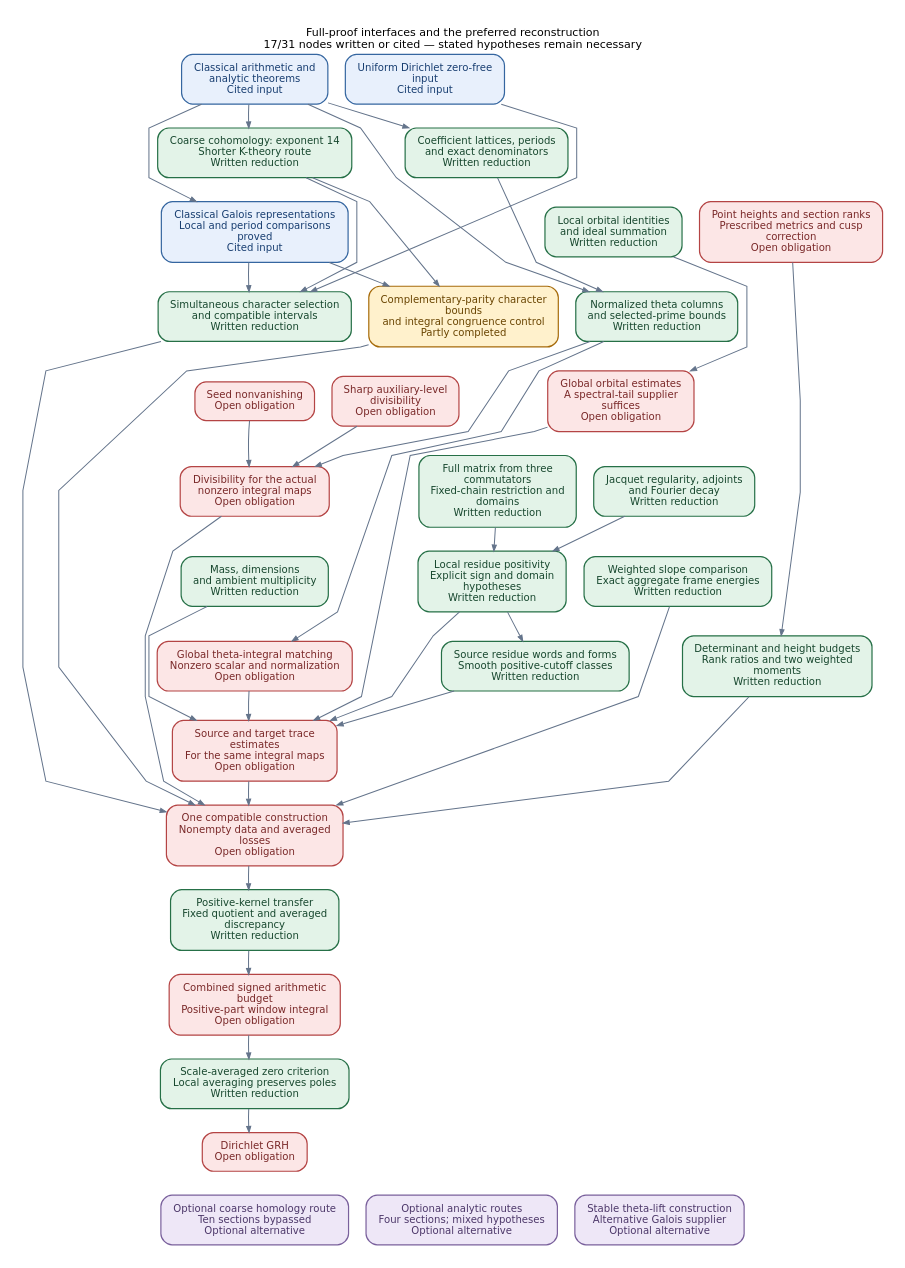
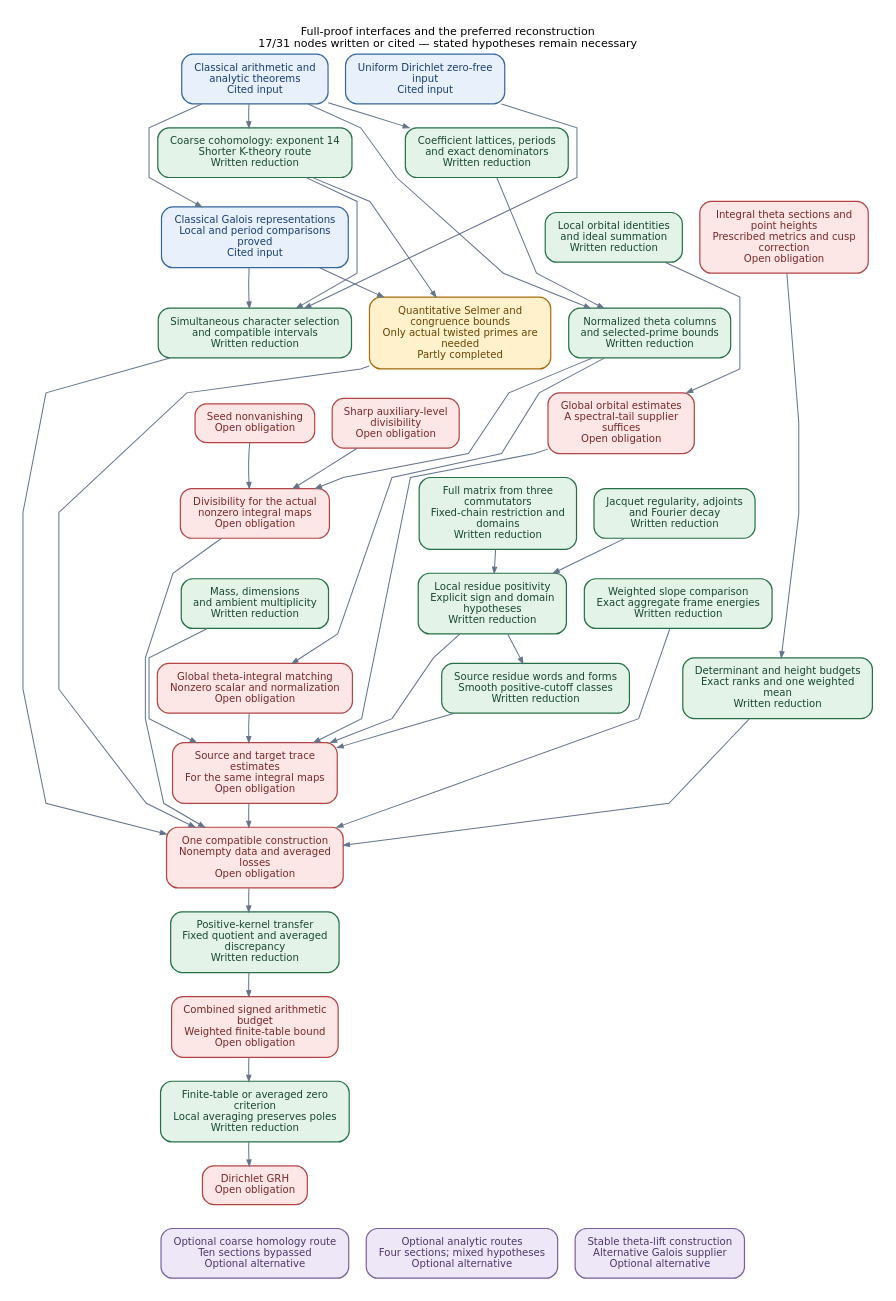
One commit to JoseBrox/GRH_distillation changed the diagram in blueprint/grh/proof.dot. Above: the diagram before and after it, drawn with Graphviz. The commit also changed 68 other files, not shown here.

```diff
--- a/blueprint/grh/proof.dot
+++ b/blueprint/grh/proof.dot
@@ -1,119 +1,119 @@
 digraph proof {
 graph [rankdir=TB, bgcolor="white", pad="0.24", nodesep="0.30", ranksep="0.48",
   fontname="DejaVu Sans", fontsize=12, labelloc=t, label="Full-proof interfaces and the preferred reconstruction\n17/31 nodes written or cited — stated hypotheses remain necessary", splines=polyline];
 node [shape=box, style="rounded,filled", fontname="DejaVu Sans", fontsize=11,
   margin="0.18,0.12", penwidth=1.3];
 edge [color="#64748B", penwidth=1.1, arrowsize=0.65];
 graph [nodesep="0.26", ranksep="0.36"];
 "qrh" [label="Uniform Dirichlet zero-free\ninput\nCited input", fillcolor="#E8F0FC", color="#3566A0", fontcolor="#173D70"];
 "classical" [label="Classical arithmetic and\nanalytic theorems\nCited input", fillcolor="#E8F0FC", color="#3566A0", fontcolor="#173D70"];
 "selection" [label="Simultaneous character selection\nand compatible intervals\nWritten reduction", fillcolor="#E3F3E8", color="#267047", fontcolor="#17472E"];
 "coarse" [label="Coarse cohomology: exponent 14\nShorter K-theory route\nWritten reduction", fillcolor="#E3F3E8", color="#267047", fontcolor="#17472E"];
-"refined" [label="Complementary-parity character\nbounds\nand integral congruence control\nPartly completed", fillcolor="#FFF1CC", color="#A66B0B", fontcolor="#694400"];
+"refined" [label="Quantitative Selmer and\ncongruence bounds\nOnly actual twisted primes are\nneeded\nPartly completed", fillcolor="#FFF1CC", color="#A66B0B", fontcolor="#694400"];
 "coefficients" [label="Coefficient lattices, periods\nand exact denominators\nWritten reduction", fillcolor="#E3F3E8", color="#267047", fontcolor="#17472E"];
 "theta" [label="Normalized theta columns\nand selected-prime bounds\nWritten reduction", fillcolor="#E3F3E8", color="#267047", fontcolor="#17472E"];
 "seed" [label="Seed nonvanishing\nOpen obligation", fillcolor="#FCE6E6", color="#B44444", fontcolor="#792828"];
 "level" [label="Sharp auxiliary-level\ndivisibility\nOpen obligation", fillcolor="#FCE6E6", color="#B44444", fontcolor="#792828"];
 "divisibility" [label="Divisibility for the actual\nnonzero integral maps\nOpen obligation", fillcolor="#FCE6E6", color="#B44444", fontcolor="#792828"];
 "local_orbits" [label="Local orbital identities\nand ideal summation\nWritten reduction", fillcolor="#E3F3E8", color="#267047", fontcolor="#17472E"];
 "global_orbits" [label="Global orbital estimates\nA spectral-tail supplier\nsuffices\nOpen obligation", fillcolor="#FCE6E6", color="#B44444", fontcolor="#792828"];
 "dimensions" [label="Mass, dimensions\nand ambient multiplicity\nWritten reduction", fillcolor="#E3F3E8", color="#267047", fontcolor="#17472E"];
 "matrix" [label="Full matrix from three\ncommutators\nFixed-chain restriction and\ndomains\nWritten reduction", fillcolor="#E3F3E8", color="#267047", fontcolor="#17472E"];
 "jacquet" [label="Jacquet regularity, adjoints\nand Fourier decay\nWritten reduction", fillcolor="#E3F3E8", color="#267047", fontcolor="#17472E"];
 "residue" [label="Local residue positivity\nExplicit sign and domain\nhypotheses\nWritten reduction", fillcolor="#E3F3E8", color="#267047", fontcolor="#17472E"];
 "norms" [label="Source and target trace\nestimates\nFor the same integral maps\nOpen obligation", fillcolor="#FCE6E6", color="#B44444", fontcolor="#792828"];
 "slope" [label="Weighted slope comparison\nExact aggregate frame energies\nWritten reduction", fillcolor="#E3F3E8", color="#267047", fontcolor="#17472E"];
 "compatible" [label="One compatible construction\nNonempty data and averaged\nlosses\nOpen obligation", fillcolor="#FCE6E6", color="#B44444", fontcolor="#792828"];
-"bound" [label="Combined signed arithmetic\nbudget\nPositive-part window integral\nOpen obligation", fillcolor="#FCE6E6", color="#B44444", fontcolor="#792828"];
-"criterion" [label="Scale-averaged zero criterion\nLocal averaging preserves poles\nWritten reduction", fillcolor="#E3F3E8", color="#267047", fontcolor="#17472E"];
+"bound" [label="Combined signed arithmetic\nbudget\nWeighted finite-table bound\nOpen obligation", fillcolor="#FCE6E6", color="#B44444", fontcolor="#792828"];
+"criterion" [label="Finite-table or averaged zero\ncriterion\nLocal averaging preserves poles\nWritten reduction", fillcolor="#E3F3E8", color="#267047", fontcolor="#17472E"];
 "grh" [label="Dirichlet GRH\nOpen obligation", fillcolor="#FCE6E6", color="#B44444", fontcolor="#792828"];
 "alt_homology" [label="Optional coarse homology route\nTen sections bypassed\nOptional alternative", fillcolor="#EEE7F7", color="#79609C", fontcolor="#4C3769"];
 "alt_analytic" [label="Optional analytic routes\nFour sections; mixed hypotheses\nOptional alternative", fillcolor="#EEE7F7", color="#79609C", fontcolor="#4C3769"];
 "galois" [label="Classical Galois representations\nLocal and period comparisons\nproved\nCited input", fillcolor="#E8F0FC", color="#3566A0", fontcolor="#173D70"];
 "stable_lift" [label="Stable theta-lift construction\nAlternative Galois supplier\nOptional alternative", fillcolor="#EEE7F7", color="#79609C", fontcolor="#4C3769"];
 "theta_identity" [label="Global theta-integral matching\nNonzero scalar and normalization\nOpen obligation", fillcolor="#FCE6E6", color="#B44444", fontcolor="#792828"];
-"geometry" [label="Point heights and section ranks\nPrescribed metrics and cusp\ncorrection\nOpen obligation", fillcolor="#FCE6E6", color="#B44444", fontcolor="#792828"];
+"geometry" [label="Integral theta sections and\npoint heights\nPrescribed metrics and cusp\ncorrection\nOpen obligation", fillcolor="#FCE6E6", color="#B44444", fontcolor="#792828"];
 "source_dictionary" [label="Source residue words and forms\nSmooth positive-cutoff classes\nWritten reduction", fillcolor="#E3F3E8", color="#267047", fontcolor="#17472E"];
-"covolume_defect" [label="Determinant and height budgets\nRank ratios and two weighted\nmoments\nWritten reduction", fillcolor="#E3F3E8", color="#267047", fontcolor="#17472E"];
+"covolume_defect" [label="Determinant and height budgets\nExact ranks and one weighted\nmean\nWritten reduction", fillcolor="#E3F3E8", color="#267047", fontcolor="#17472E"];
 "averaging" [label="Positive-kernel transfer\nFixed quotient and averaged\ndiscrepancy\nWritten reduction", fillcolor="#E3F3E8", color="#267047", fontcolor="#17472E"];
 "qrh" -> "selection";
 "classical" -> "coarse";
 "coarse" -> "selection";
 "coarse" -> "refined";
 "classical" -> "coefficients";
 "classical" -> "theta";
 "coefficients" -> "theta";
 "theta" -> "divisibility";
 "seed" -> "divisibility";
 "level" -> "divisibility";
 "local_orbits" -> "global_orbits";
 "global_orbits" -> "norms";
 "dimensions" -> "norms";
 "matrix" -> "residue";
 "jacquet" -> "residue";
 "residue" -> "norms";
 "selection" -> "compatible";
 "refined" -> "compatible";
 "divisibility" -> "compatible";
 "norms" -> "compatible";
 "slope" -> "compatible";
 "bound" -> "criterion";
 "criterion" -> "grh";
 "galois" -> "selection";
 "galois" -> "refined";
 "theta" -> "theta_identity";
 "theta_identity" -> "norms";
 "residue" -> "source_dictionary";
 "source_dictionary" -> "norms";
 "geometry" -> "covolume_defect";
 "covolume_defect" -> "compatible";
 "compatible" -> "averaging";
 "averaging" -> "bound";
 "classical" -> "galois";
 {rank=same; "classical"; "qrh";}
 {rank=same; "coarse"; "coefficients";}
 {rank=same; "galois"; "local_orbits"; "geometry";}
 {rank=same; "selection"; "refined"; "theta";}
 {rank=same; "seed"; "level"; "global_orbits";}
 {rank=same; "divisibility"; "matrix"; "jacquet";}
 {rank=same; "dimensions"; "residue"; "slope";}
 {rank=same; "theta_identity"; "source_dictionary"; "covolume_defect";}
 {rank=same; "norms";}
 {rank=same; "compatible";}
 {rank=same; "averaging";}
 {rank=same; "bound";}
 {rank=same; "criterion";}
 {rank=same; "grh";}
 {rank=same; "alt_homology"; "alt_analytic"; "stable_lift";}
 // Invisible edges below control layout only; they are not proof interfaces.
 "classical" -> "qrh" [style=invis, weight=50];
 "coarse" -> "coefficients" [style=invis, weight=50];
 "galois" -> "local_orbits" [style=invis, weight=50];
 "local_orbits" -> "geometry" [style=invis, weight=50];
 "selection" -> "refined" [style=invis, weight=50];
 "refined" -> "theta" [style=invis, weight=50];
 "seed" -> "level" [style=invis, weight=50];
 "level" -> "global_orbits" [style=invis, weight=50];
 "divisibility" -> "matrix" [style=invis, weight=50];
 "matrix" -> "jacquet" [style=invis, weight=50];
 "dimensions" -> "residue" [style=invis, weight=50];
 "residue" -> "slope" [style=invis, weight=50];
 "theta_identity" -> "source_dictionary" [style=invis, weight=50];
 "source_dictionary" -> "covolume_defect" [style=invis, weight=50];
 "alt_homology" -> "alt_analytic" [style=invis, weight=50];
 "alt_analytic" -> "stable_lift" [style=invis, weight=50];
 "classical" -> "coarse" [style=invis, weight=50];
 "coarse" -> "galois" [style=invis, weight=50];
 "galois" -> "selection" [style=invis, weight=50];
 "selection" -> "seed" [style=invis, weight=50];
 "seed" -> "divisibility" [style=invis, weight=50];
 "divisibility" -> "dimensions" [style=invis, weight=50];
 "dimensions" -> "theta_identity" [style=invis, weight=50];
 "theta_identity" -> "norms" [style=invis, weight=50];
 "norms" -> "compatible" [style=invis, weight=50];
 "compatible" -> "averaging" [style=invis, weight=50];
 "averaging" -> "bound" [style=invis, weight=50];
 "bound" -> "criterion" [style=invis, weight=50];
 "criterion" -> "grh" [style=invis, weight=50];
 "grh" -> "alt_homology" [style=invis, weight=50];
 }
```
